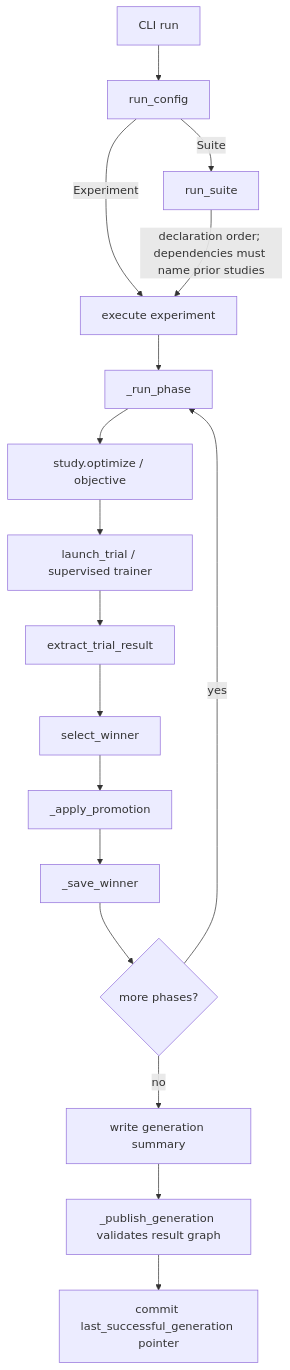
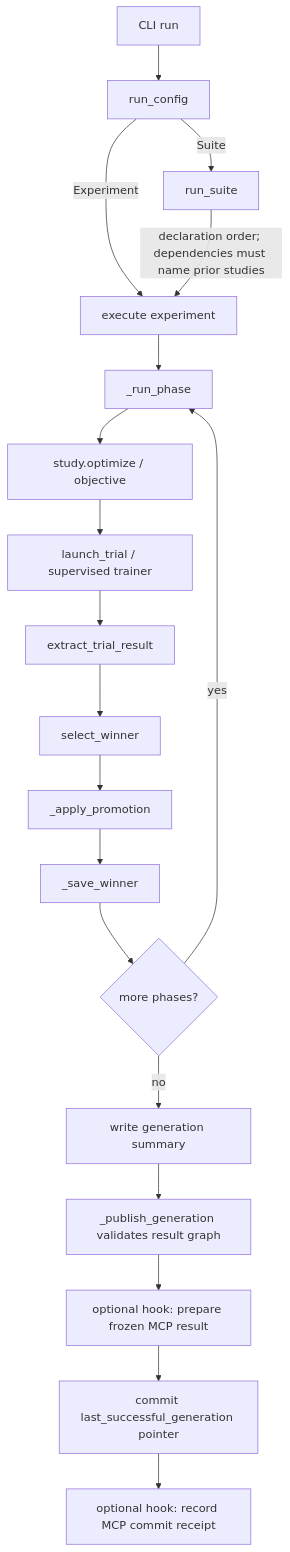
Before and after one commit to pszemraj/phasesweep: the diagram in docs/development.md, drawn with Mermaid. The commit also changed other lines of this file and 104 other files, not shown here.

````diff
--- a/docs/development.md
+++ b/docs/development.md
@@ -32,19 +49,21 @@
 ```mermaid
 flowchart TD
     cli["CLI run"] --> dispatch["run_config"]
     dispatch -->|Experiment| experiment["execute experiment"]
     dispatch -->|Suite| suite["run_suite"]
     suite -->|"declaration order; dependencies must name prior studies"| experiment
     experiment --> phase["_run_phase"]
     phase --> optimize["study.optimize / objective"]
     optimize --> launch["launch_trial / supervised trainer"]
     launch --> evidence["extract_trial_result"]
     evidence --> select["select_winner"]
     select --> promote["_apply_promotion"]
     promote --> winner["_save_winner"]
     winner --> more{"more phases?"}
     more -->|yes| phase
     more -->|no| summary["write generation summary"]
     summary --> publish["_publish_generation validates result graph"]
-    publish --> pointer["commit last_successful_generation pointer"]
+    publish --> sidecar["optional hook: prepare frozen MCP result"]
+    sidecar --> pointer["commit last_successful_generation pointer"]
+    pointer --> receipt["optional hook: record MCP commit receipt"]
 ```
````
